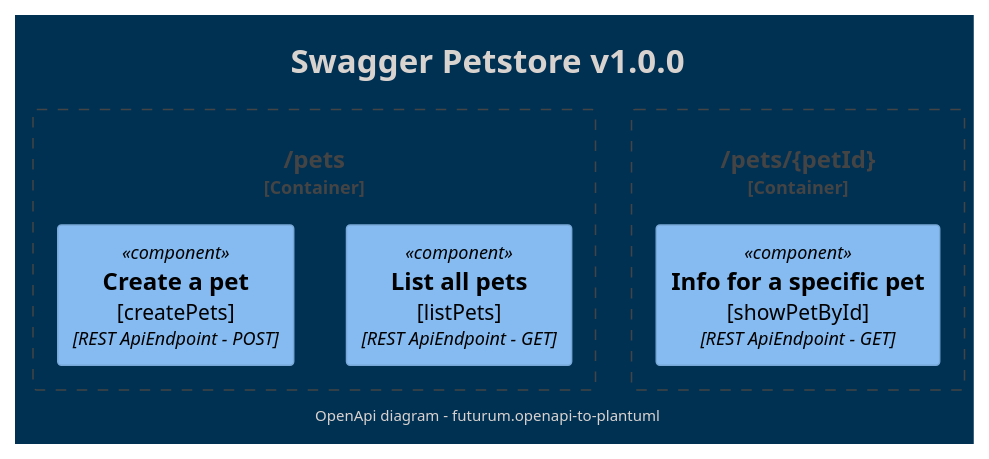
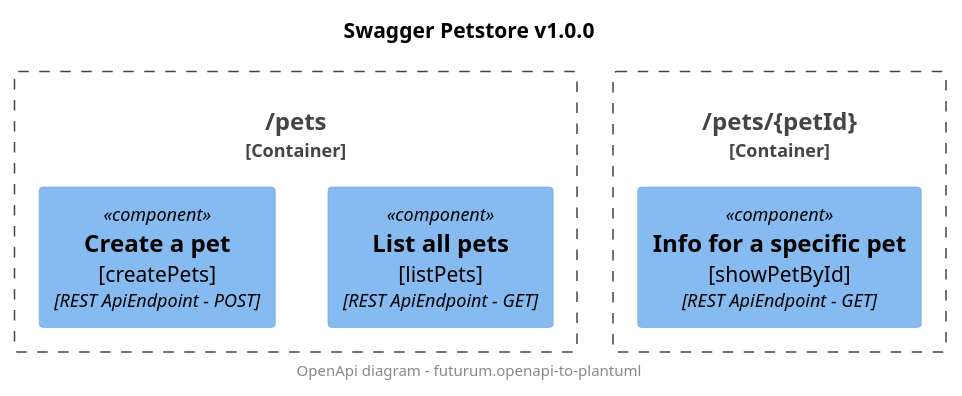
The diagram in openapi/openapi-petstore-simple-openapi.puml (futurum-dev/futurum.openapi-to-plantuml), drawn with PlantUML before and after one commit. The commit also changed 9 other files, not shown here.

```diff
--- a/openapi/openapi-petstore-simple-openapi.puml
+++ b/openapi/openapi-petstore-simple-openapi.puml
@@ -1,22 +1,21 @@
 @startuml OpenApi diagram
 
 !include https://raw.githubusercontent.com/plantuml-stdlib/C4-PlantUML/master/C4_Component.puml
 
-!theme blueprint
 title Swagger Petstore v1.0.0
 footer OpenApi diagram - futurum.openapi-to-plantuml
 Container_Boundary(pets, "/pets") {
 Component(pets_get, "List all pets\r[listPets]", "REST ApiEndpoint - GET", "")
 
 Component(pets_post, "Create a pet\r[createPets]", "REST ApiEndpoint - POST", "")
 
 }
 
 Container_Boundary(pets_petId, "/pets/{petId}") {
 Component(pets_petId_get, "Info for a specific pet\r[showPetById]", "REST ApiEndpoint - GET", "")
 
 }
 
 
 
 @enduml
```
